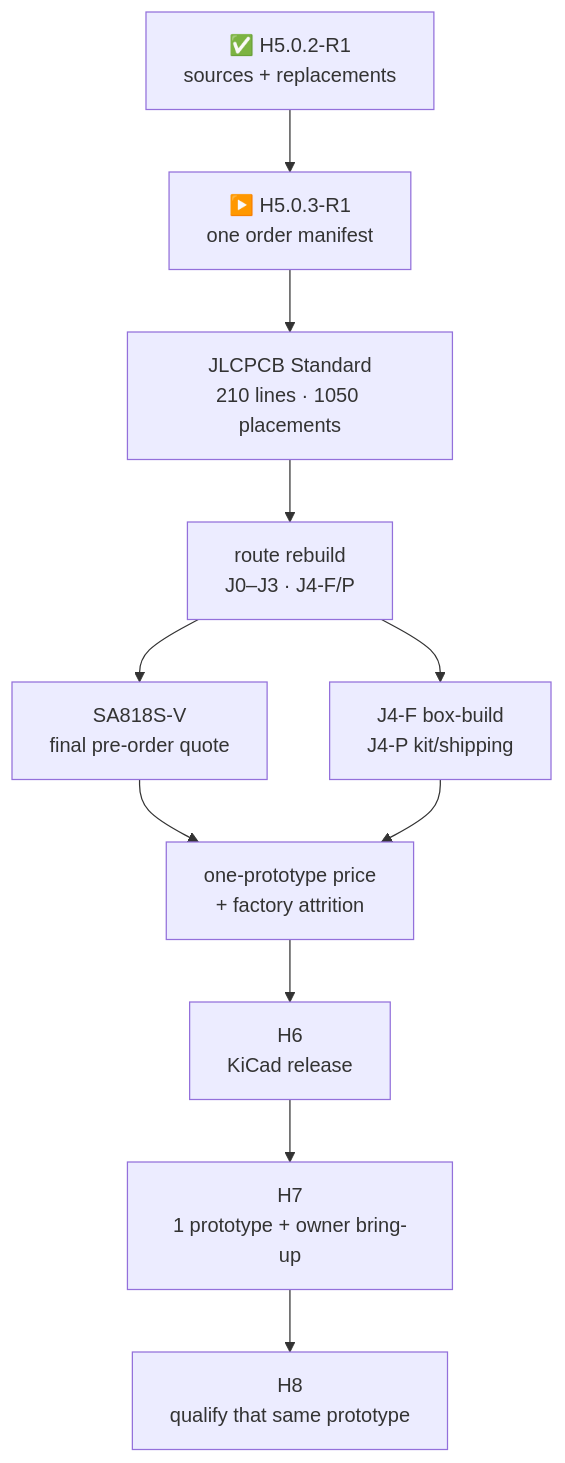
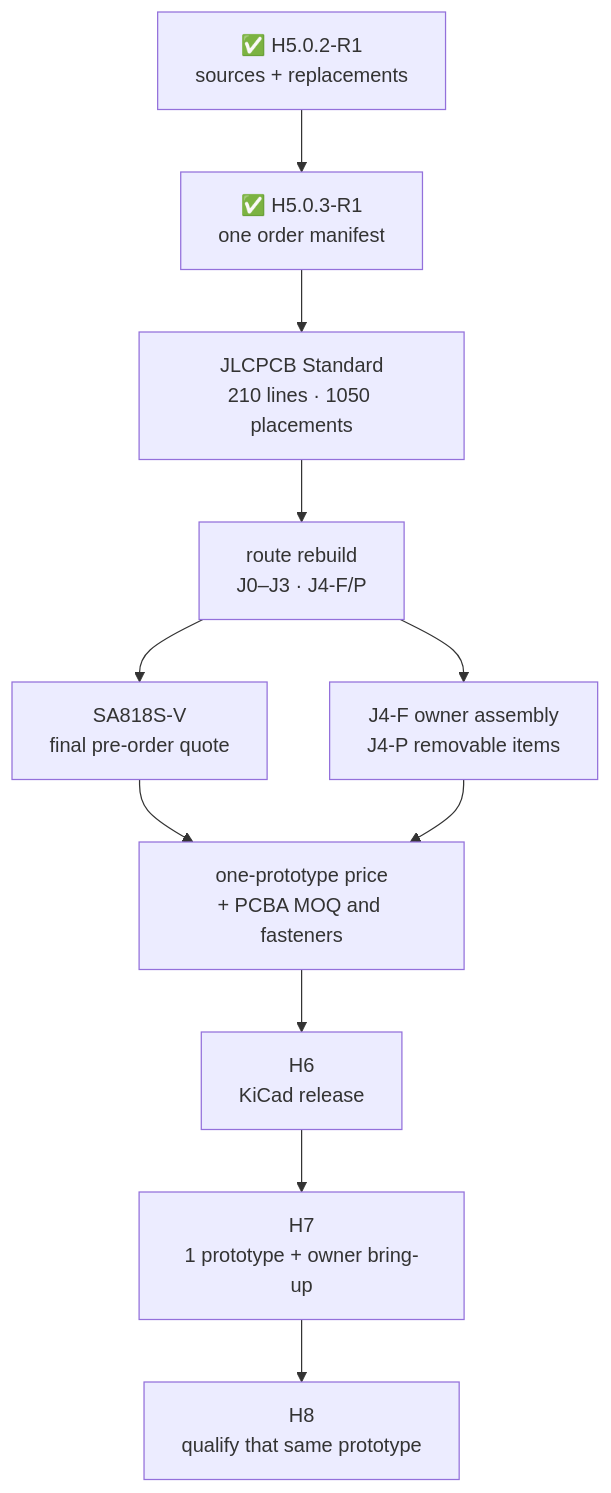
One commit to anton-vinogradov/esp32-leshy2 changed the diagram in docs/component-sample-basket.md. Above: the diagram before and after it, drawn with Mermaid. The commit also changed other lines of this file and 52 other files, not shown here.

````diff
--- a/docs/component-sample-basket.md
+++ b/docs/component-sample-basket.md
@@ -7,13 +7,13 @@
 ```mermaid
 flowchart TD
-  R["✅ H5.0.2-R1<br/>sources + replacements"] --> B["▶️ H5.0.3-R1<br/>one order manifest"]
+  R["✅ H5.0.2-R1<br/>sources + replacements"] --> B["✅ H5.0.3-R1<br/>one order manifest"]
   B --> P["JLCPCB Standard<br/>210 lines · 1050 placements"]
   P --> Q["route rebuild<br/>J0–J3 · J4-F/P"]
   Q --> S["SA818S-V<br/>final pre-order quote"]
-  Q --> X["J4-F box-build<br/>J4-P kit/shipping"]
-  S --> A["one-prototype price<br/>+ factory attrition"]
+  Q --> X["J4-F owner assembly<br/>J4-P removable items"]
+  S --> A["one-prototype price<br/>+ PCBA MOQ and fasteners"]
   X --> A
   A --> H6["H6<br/>KiCad release"]
   H6 --> H7["H7<br/>1 prototype + owner bring-up"]
   H7 --> H8["H8<br/>qualify that same prototype"]
 ```
````
